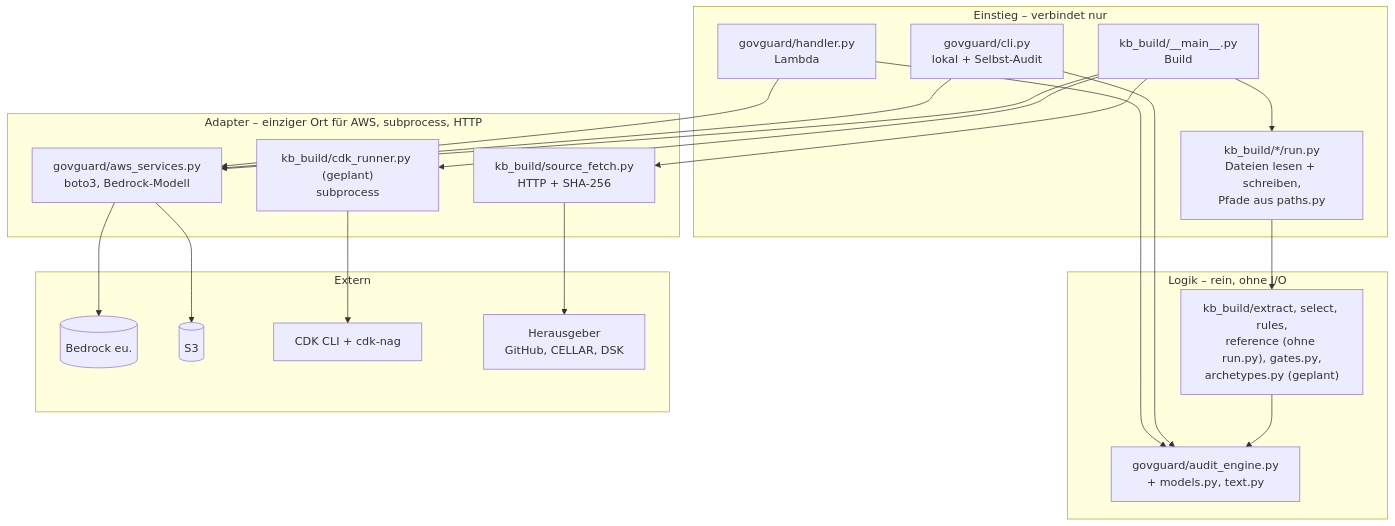
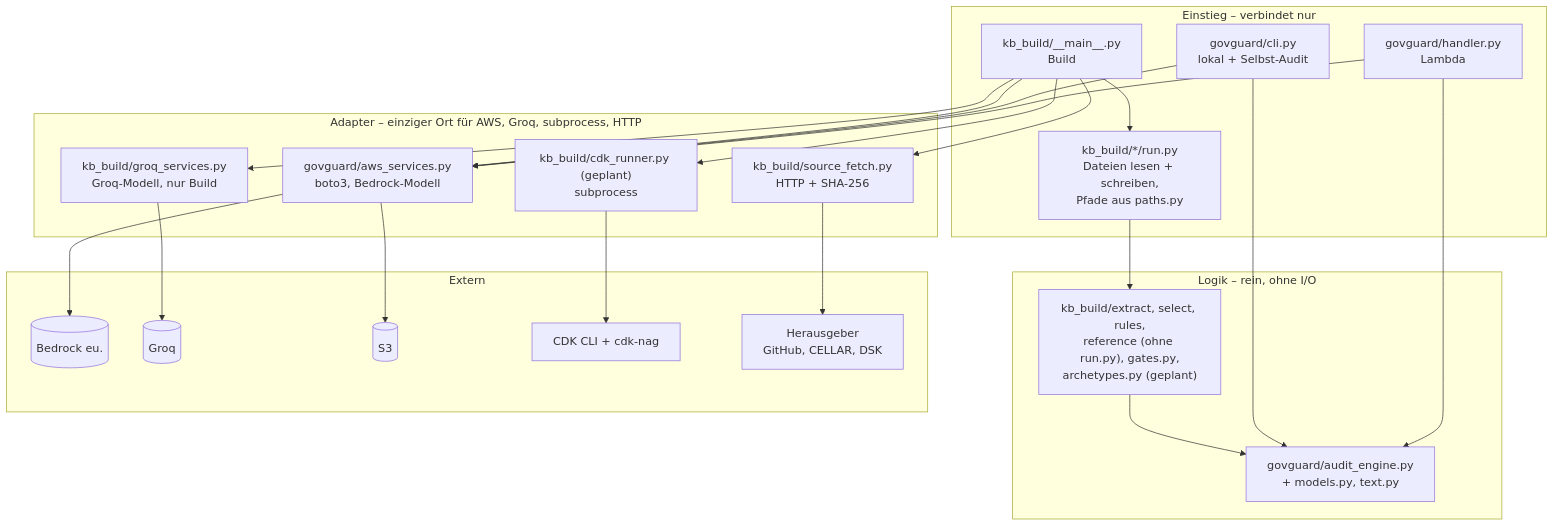
One commit to Daniel74/GovGuard changed the fourth of 4 diagrams in docs/ARCHITECTURE.md. Above: the diagram before and after it, drawn with Mermaid. The commit also changed other lines of this file and 7 other files, not shown here.

````diff
--- a/docs/ARCHITECTURE.md
+++ b/docs/ARCHITECTURE.md
@@ -257,32 +257,35 @@
 ```mermaid
 flowchart TB
   subgraph E["Einstieg – verbindet nur"]
     H["govguard/handler.py<br/>Lambda"]
     C["govguard/cli.py<br/>lokal + Selbst-Audit"]
     M["kb_build/__main__.py<br/>Build"]
     R["kb_build/*/run.py<br/>Dateien lesen + schreiben,<br/>Pfade aus paths.py"]
   end
   subgraph L["Logik – rein, ohne I/O"]
     AE["govguard/audit_engine.py<br/>+ models.py, text.py"]
     KB["kb_build/extract, select, rules,<br/>reference (ohne run.py), gates.py,<br/>archetypes.py (geplant)"]
   end
-  subgraph A["Adapter – einziger Ort für AWS, subprocess, HTTP"]
+  subgraph A["Adapter – einziger Ort für AWS, Groq, subprocess, HTTP"]
     AWS["govguard/aws_services.py<br/>boto3, Bedrock-Modell"]
+    GQ["kb_build/groq_services.py<br/>Groq-Modell, nur Build"]
     CDK["kb_build/cdk_runner.py (geplant)<br/>subprocess"]
     FE["kb_build/source_fetch.py<br/>HTTP + SHA-256"]
   end
   subgraph X["Extern"]
     B[("Bedrock eu.")]
+    G[("Groq")]
     S3[("S3")]
     CL["CDK CLI + cdk-nag"]
     HG["Herausgeber<br/>GitHub, CELLAR, DSK"]
   end
   H & C --> AE
   H & C --> AWS
   M --> R --> KB
-  M --> AWS & CDK & FE
+  M --> AWS & GQ & CDK & FE
   KB --> AE
   AWS --> B & S3
+  GQ --> G
   CDK --> CL
   FE --> HG
 ```
````
